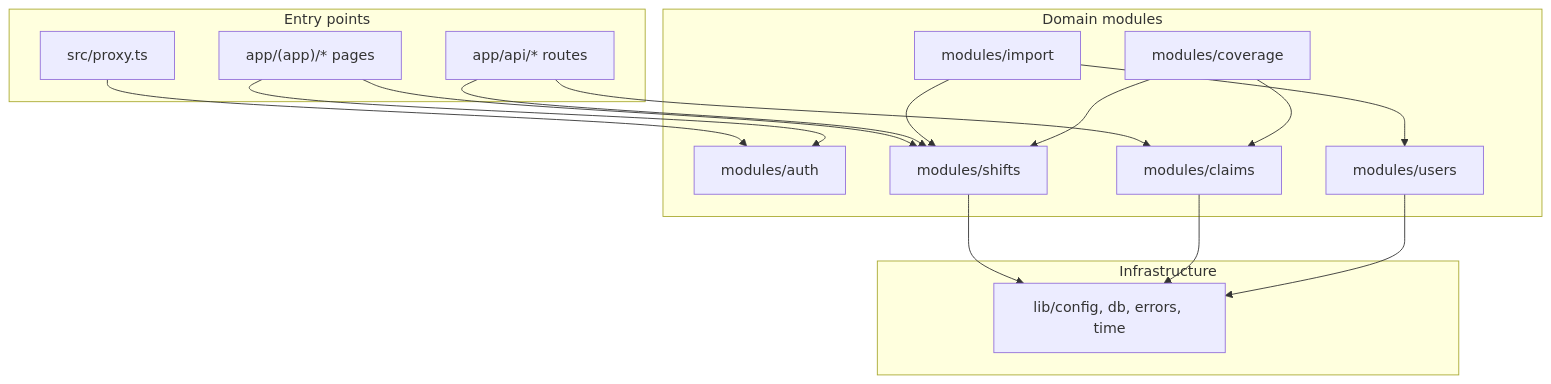
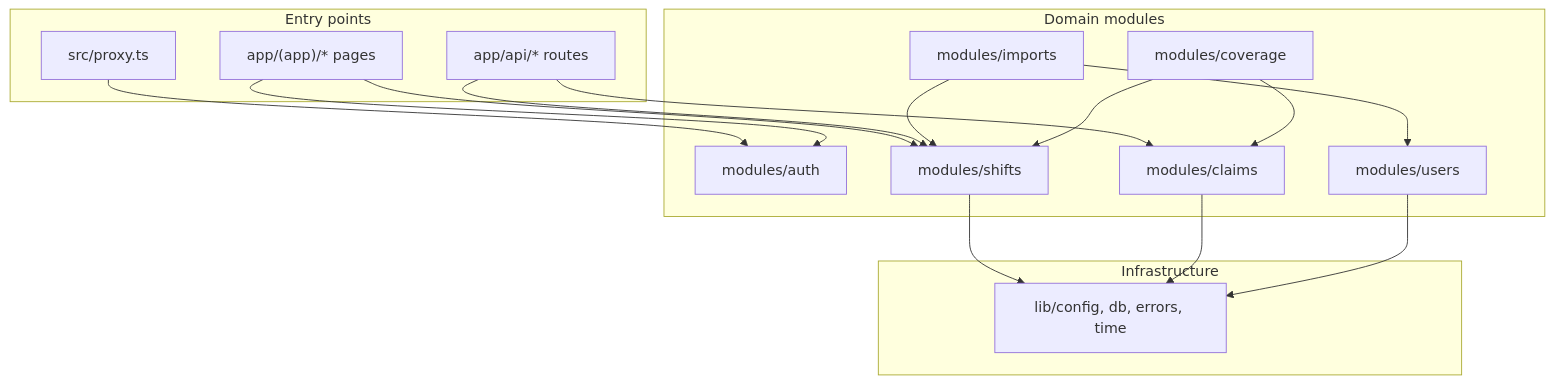
Before and after one commit to chahatkesh/atomiciabuild: the diagram in docs/architecture.md, drawn with Mermaid. The commit also changed 3 other files, not shown here.

````diff
--- a/docs/architecture.md
+++ b/docs/architecture.md
@@ -7,31 +7,31 @@
 ```mermaid
 flowchart TD
   subgraph edge [Entry points]
     Pages["app/(app)/* pages"]
     API["app/api/* routes"]
     Proxy["src/proxy.ts"]
   end
   subgraph domain [Domain modules]
     Auth["modules/auth"]
     Users["modules/users"]
     Shifts["modules/shifts"]
     Claims["modules/claims"]
-    Import["modules/import"]
+    Import["modules/imports"]
     Coverage["modules/coverage"]
   end
   subgraph infra [Infrastructure]
     Lib["lib/config, db, errors, time"]
   end
   Proxy --> Auth
   Pages --> Auth
   Pages --> Shifts
   API --> Shifts
   API --> Claims
   Shifts --> Lib
   Claims --> Lib
   Users --> Lib
   Import --> Users
   Import --> Shifts
   Coverage --> Shifts
   Coverage --> Claims
 ```
````
